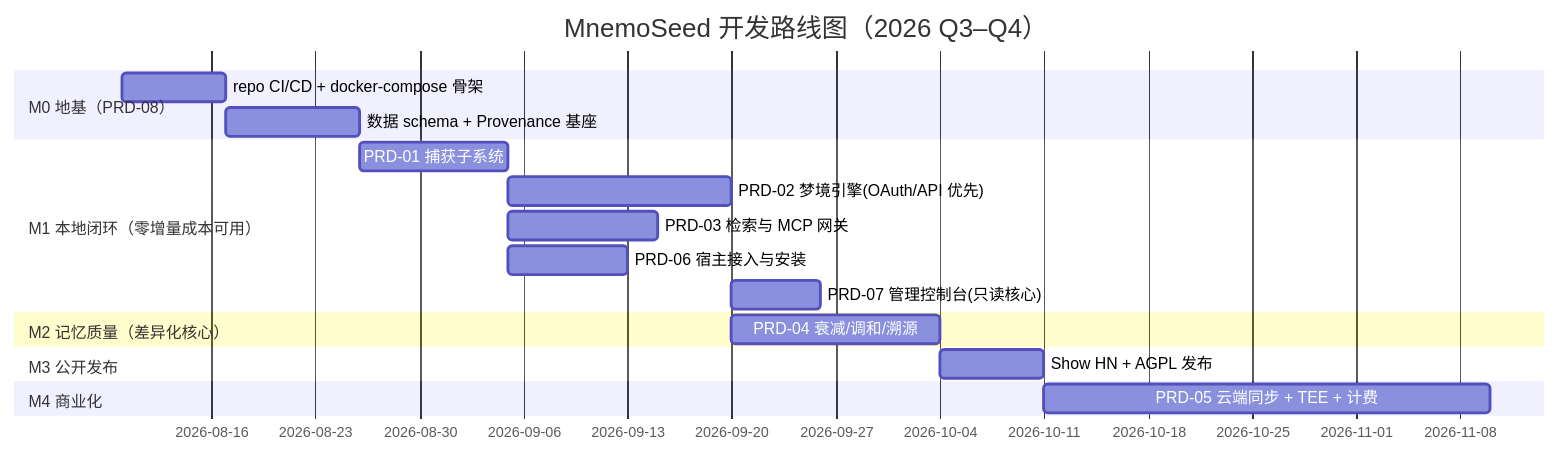
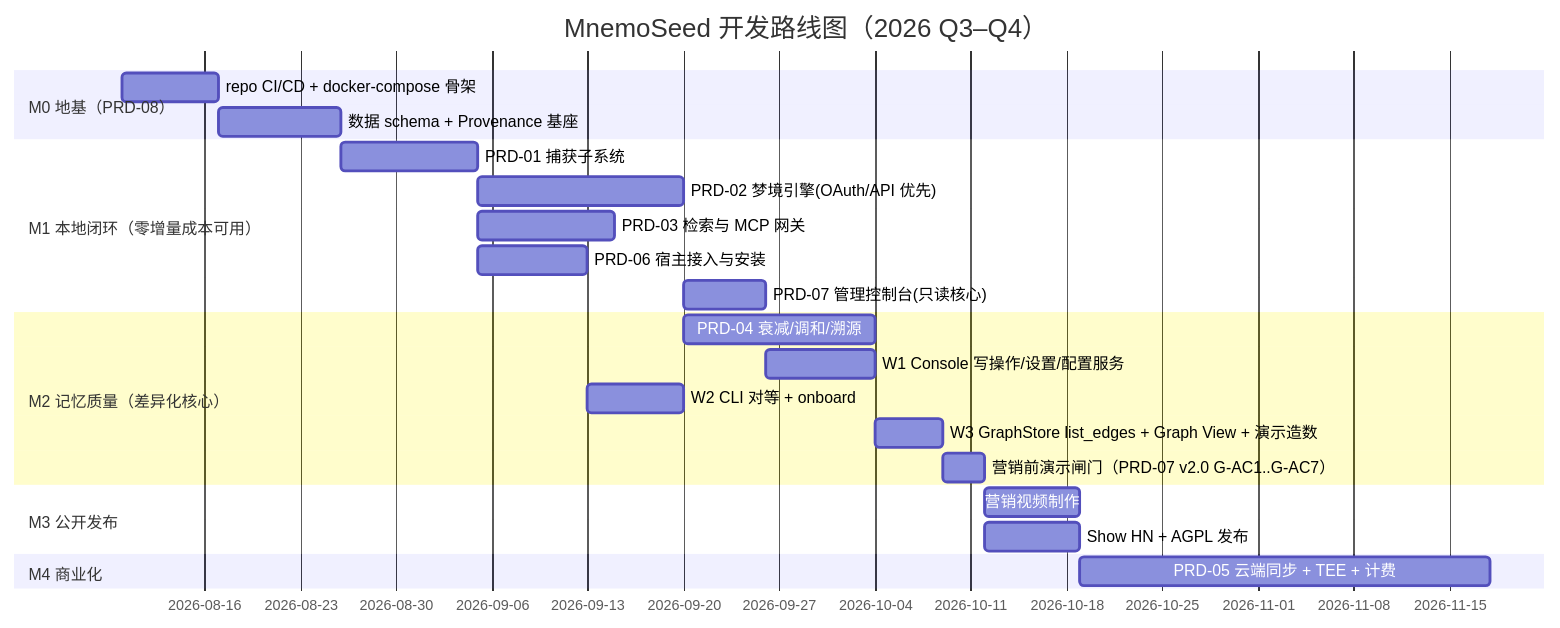
Before and after one commit to MnemoSeed/mnemoseed: the diagram in docs/zh/prd/PRD-00-路线图.md, drawn with Mermaid. The commit also changed other lines of this file and 16 other files, not shown here.

First line of the commit message:
docs: make console-complete + CLI parity + onboard the pre-marketing demo gate

````diff
--- a/docs/zh/prd/PRD-00-路线图.md
+++ b/docs/zh/prd/PRD-00-路线图.md
@@ -8,20 +9,25 @@
 ```mermaid
 gantt
     title MnemoSeed 开发路线图（2026 Q3–Q4）
     dateFormat  YYYY-MM-DD
     section M0 地基（PRD-08）
     repo CI/CD + docker-compose 骨架        :m0a, 2026-08-10, 7d
     数据 schema + Provenance 基座            :m0b, after m0a, 9d
     section M1 本地闭环（零增量成本可用）
     PRD-01 捕获子系统                        :m1a, after m0b, 10d
     PRD-02 梦境引擎(OAuth/API 优先)          :m1b, after m1a, 15d
     PRD-03 检索与 MCP 网关                   :m1c, after m1a, 10d
     PRD-06 宿主接入与安装                    :m1d, after m1a, 8d
     PRD-07 管理控制台(只读核心)              :m1e, after m1b, 6d
     section M2 记忆质量（差异化核心）
     PRD-04 衰减/调和/溯源                    :m2a, after m1b, 14d
+    W1 Console 写操作/设置/配置服务            :w1, after m1e, 8d
+    W2 CLI 对等 + onboard                     :w2, after m1d, 7d
+    W3 GraphStore list_edges + Graph View + 演示造数 :w3, after m2a, 5d
+    营销前演示闸门（PRD-07 v2.0 G-AC1..G-AC7） :mg, after w3, 3d
     section M3 公开发布
-    Show HN + AGPL 发布                      :m3a, after m2a, 7d
+    营销视频制作                              :m3v, after mg, 7d
+    Show HN + AGPL 发布                      :m3a, after mg, 7d
     section M4 商业化
     PRD-05 云端同步 + TEE + 计费             :m4a, after m3a, 30d
 ```
````
